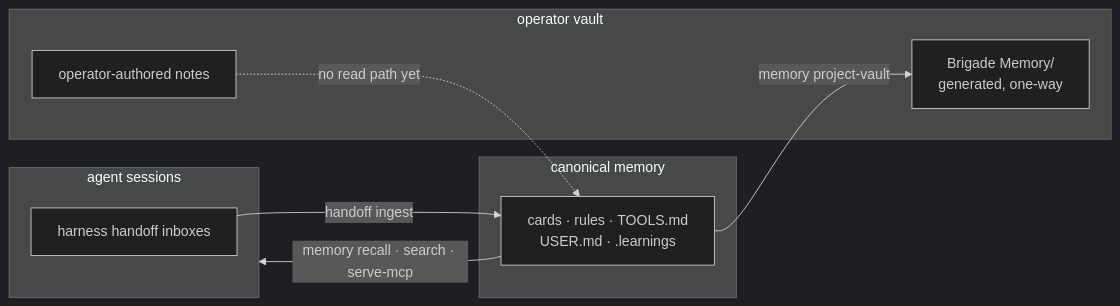
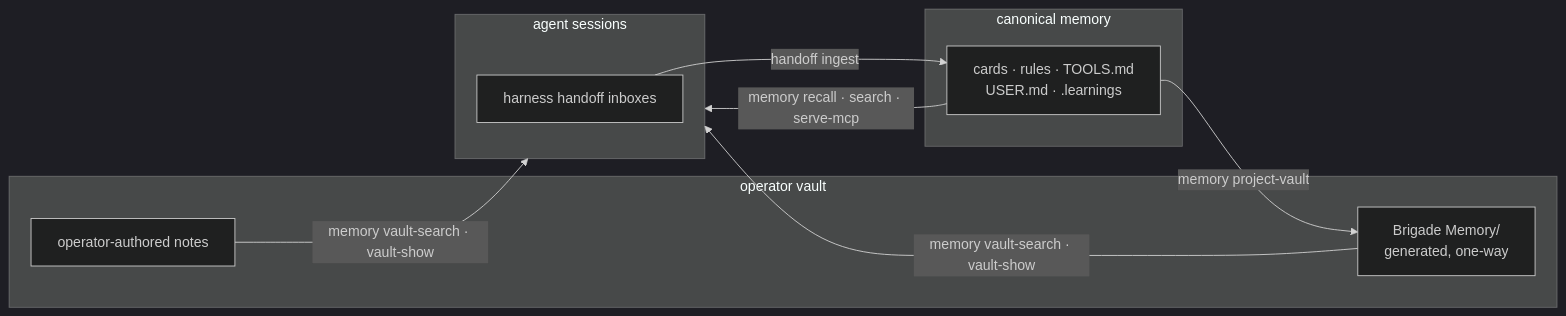
The diagram in docs/memory-operations.md (escoffier-labs/brigade), drawn with Mermaid (dark theme) before and after one commit. The commit also changed other lines of this file and 9 other files, not shown here.

First line of the commit message:
feat(memory): add vault-search read path for operator vaults

````diff
--- a/docs/memory-operations.md
+++ b/docs/memory-operations.md
@@ -58,18 +64,19 @@
 ```mermaid
 flowchart LR
     subgraph AGENTS [" agent sessions "]
         H["harness handoff inboxes"]
     end
     subgraph BRIGADE [" canonical memory "]
         CANON["cards · rules · TOOLS.md<br/>USER.md · .learnings"]
     end
     subgraph VAULT [" operator vault "]
         PROJ["Brigade Memory/<br/>generated, one-way"]
         OWNED["operator-authored notes"]
     end
 
     H -->|"handoff ingest"| CANON
     CANON -->|"memory recall · search · serve-mcp"| AGENTS
     CANON -->|"memory project-vault"| PROJ
-    OWNED -.->|"no read path yet"| CANON
+    PROJ -->|"memory vault-search · vault-show"| AGENTS
+    OWNED -->|"memory vault-search · vault-show"| AGENTS
 ```
````
